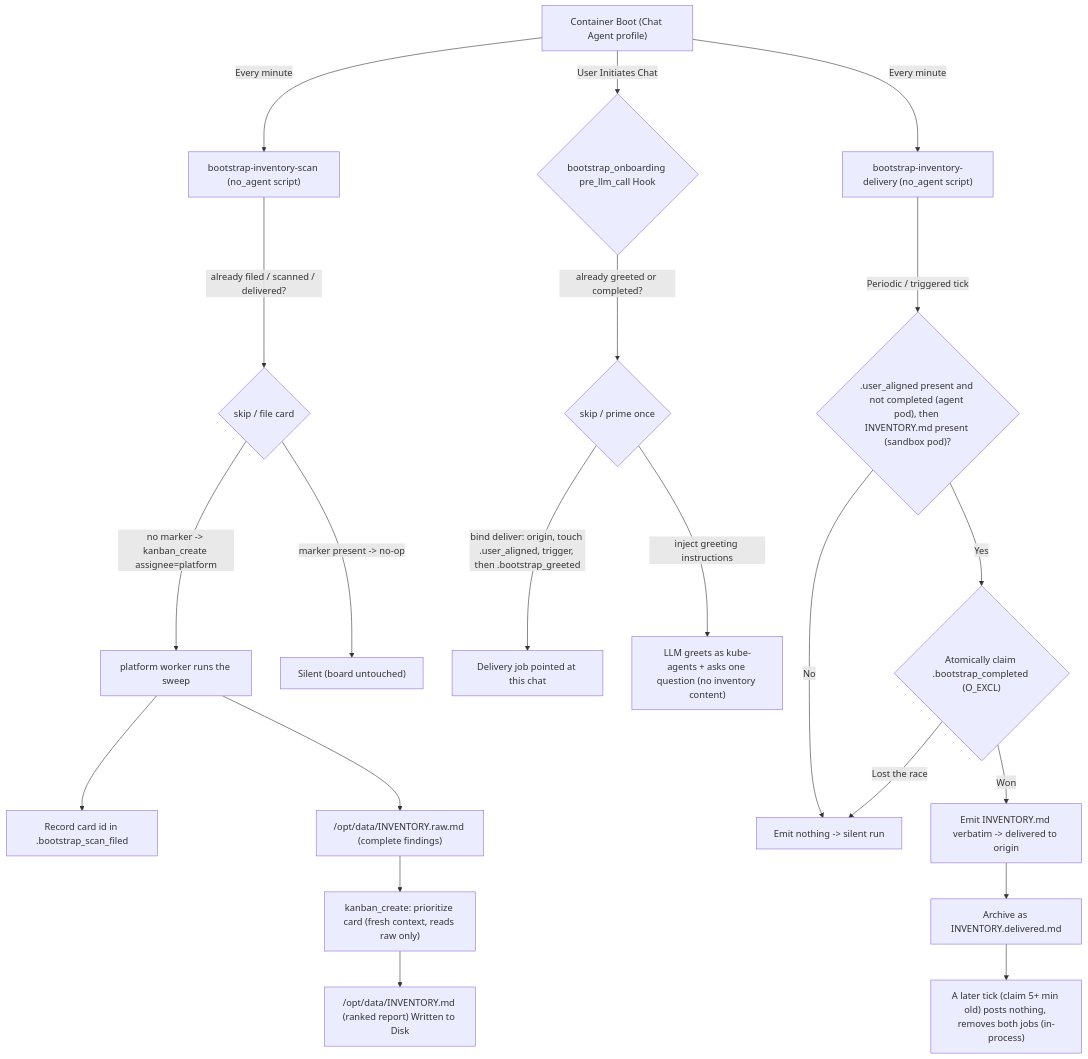
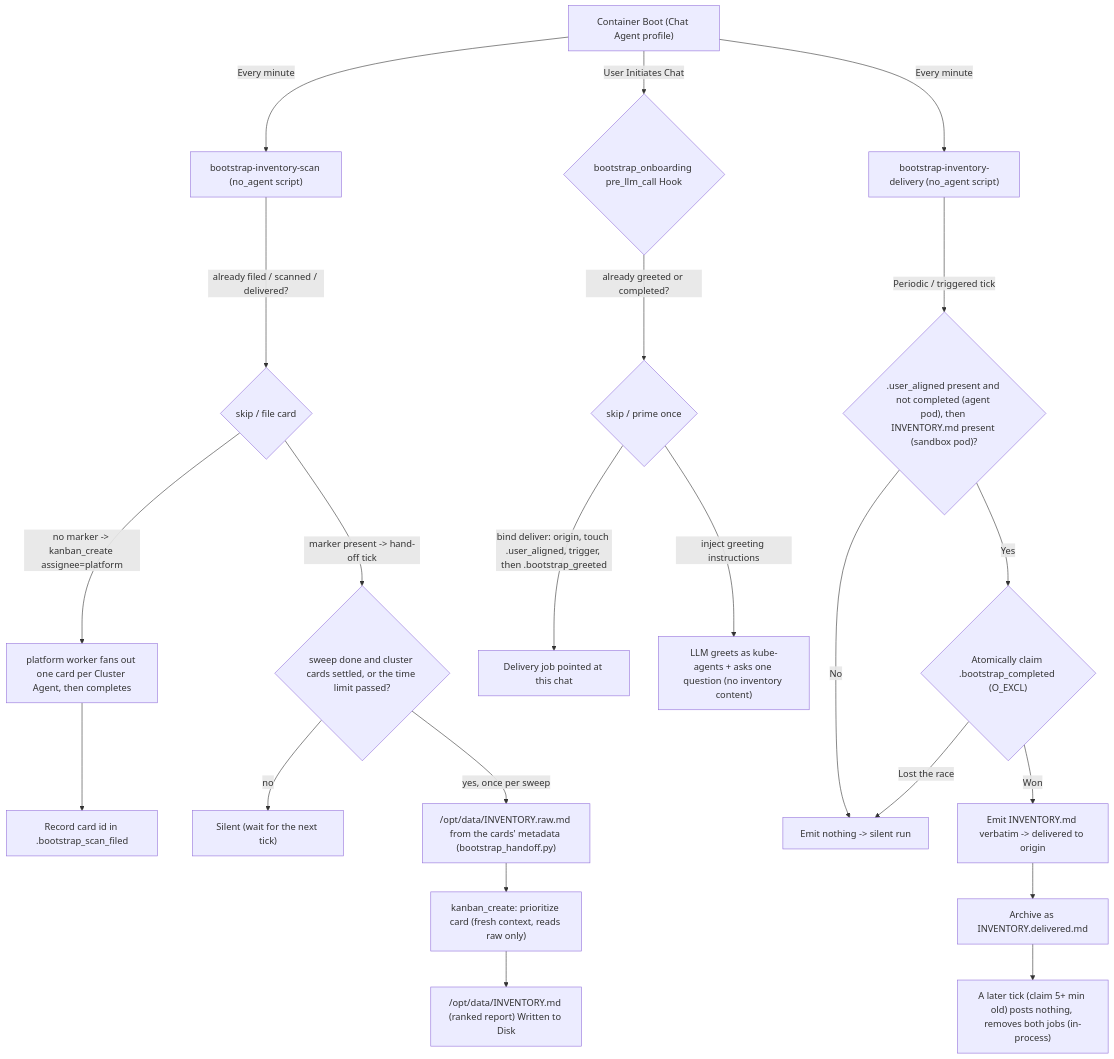
The first of 3 diagrams in agents/chat/defaults/plugins/bootstrap_onboarding/README.md (gke-labs/kube-agents), drawn with Mermaid before and after one commit. The commit also changed other lines of this file and 35 other files, not shown here.

````diff
--- a/agents/chat/defaults/plugins/bootstrap_onboarding/README.md
+++ b/agents/chat/defaults/plugins/bootstrap_onboarding/README.md
@@ -49,26 +50,27 @@
 ```mermaid
 graph TD
     A["Container Boot (Chat Agent profile)"] -->|Every minute| B["bootstrap-inventory-scan (no_agent script)"]
     A -->|Every minute| C["bootstrap-inventory-delivery (no_agent script)"]
     A -->|User Initiates Chat| D{"bootstrap_onboarding pre_llm_call Hook"}
 
     B -->|already filed / scanned / delivered?| B2{"skip / file card"}
-    B2 -->|no marker -> kanban_create assignee=platform| P["platform worker runs the sweep"]
+    B2 -->|no marker -> kanban_create assignee=platform| P["platform worker fans out one card per Cluster Agent, then completes"]
     P --> PM["Record card id in .bootstrap_scan_filed"]
-    P --> R["/opt/data/INVENTORY.raw.md (complete findings)"]
+    B2 -->|marker present -> hand-off tick| HO{"sweep done and cluster cards settled, or the time limit passed?"}
+    HO -->|no| F["Silent (wait for the next tick)"]
+    HO -->|yes, once per sweep| R["/opt/data/INVENTORY.raw.md from the cards' metadata (bootstrap_handoff.py)"]
     R --> Q["kanban_create: prioritize card (fresh context, reads raw only)"]
     Q --> E["/opt/data/INVENTORY.md (ranked report) Written to Disk"]
-    B2 -->|marker present -> no-op| F["Silent (board untouched)"]
 
     D -->|already greeted or completed?| DG{"skip / prime once"}
     DG -->|bind deliver: origin, touch .user_aligned, trigger, then .bootstrap_greeted| G["Delivery job pointed at this chat"]
     DG -->|inject greeting instructions| H["LLM greets as kube-agents + asks one question (no inventory content)"]
 
     C -->|Periodic / triggered tick| I{".user_aligned present and not completed (agent pod), then INVENTORY.md present (sandbox pod)?"}
     I -->|No| J["Emit nothing -> silent run"]
     I -->|Yes| CL{"Atomically claim .bootstrap_completed (O_EXCL)"}
     CL -->|Lost the race| J
     CL -->|Won| K["Emit INVENTORY.md verbatim -> delivered to origin"]
     K --> L["Archive as INVENTORY.delivered.md"]
     L --> RT["A later tick (claim 5+ min old) posts nothing, removes both jobs (in-process)"]
 ```
````
